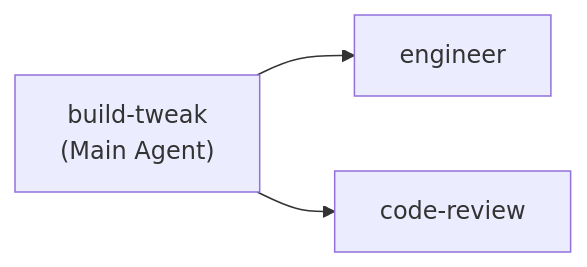
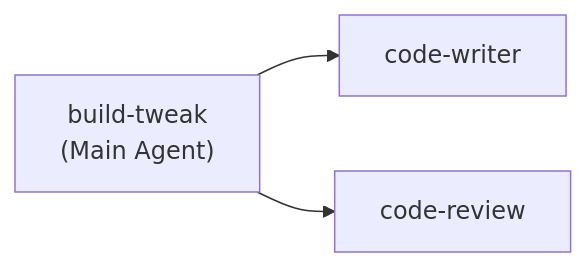
The seventh of 8 diagrams in docs/who-runs-which-skill.md (gabemahoney/SDLC), drawn with Mermaid before and after one commit. The commit also changed other lines of this file and 16 other files, not shown here.

First line of the commit message:
b.9uo: rename engineer to code-writer and engineer-planner to code-writer-planner

````diff
--- a/docs/who-runs-which-skill.md
+++ b/docs/who-runs-which-skill.md
@@ -74,6 +74,6 @@
 ```mermaid
 flowchart LR
   M["build-tweak<br/>(Main Agent)"]
-  M --> C0["engineer"]
+  M --> C0["code-writer"]
   M --> C1["code-review"]
 ```
````
